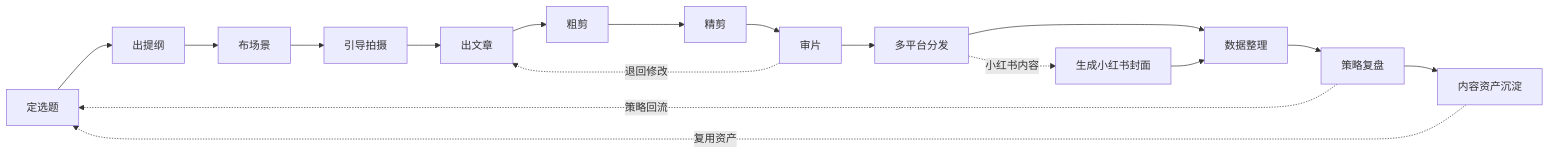
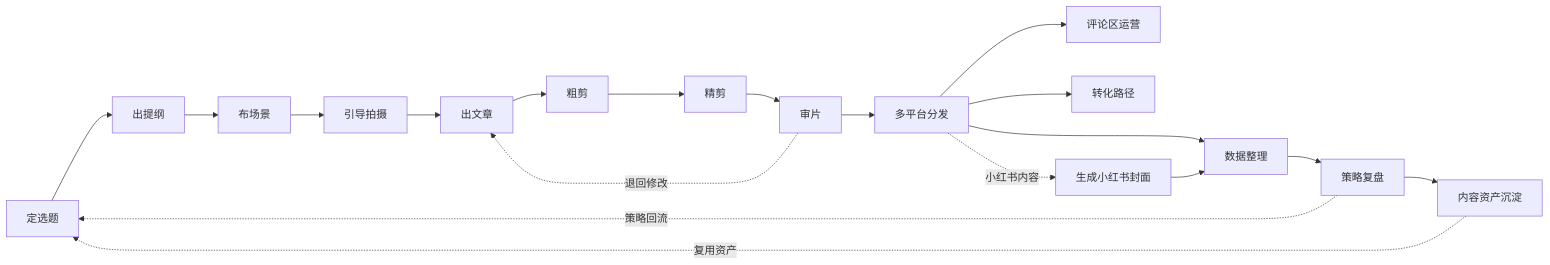
The diagram in README.md (Ivor-NCUT/social-media-creator-workflow), drawn with Mermaid before and after one commit. The commit also changed other lines of this file and 31 other files, not shown here.

````diff
--- a/README.md
+++ b/README.md
@@ -23,19 +23,21 @@
 ```mermaid
 flowchart LR
     A[定选题] --> B[出提纲]
     B --> C[布场景]
     C --> D[引导拍摄]
     D --> E[出文章]
     E --> F[粗剪]
     F --> G[精剪]
     G --> H[审片]
     H --> I[多平台分发]
+    I --> J[评论区运营]
+    I --> N[转化路径]
     I -. 小红书内容 .-> X[生成小红书封面]
     I --> K[数据整理]
     X --> K
     K --> L[策略复盘]
     L --> M[内容资产沉淀]
     M -. 复用资产 .-> A
     H -. 退回修改 .-> E
     L -. 策略回流 .-> A
 ```
````
